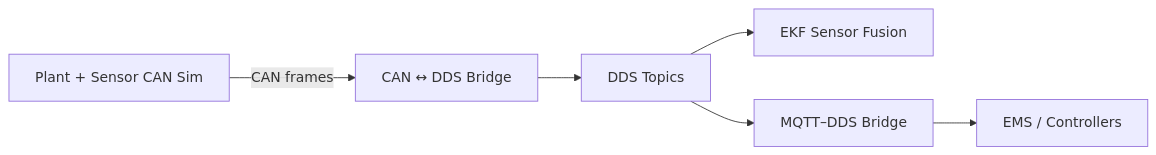
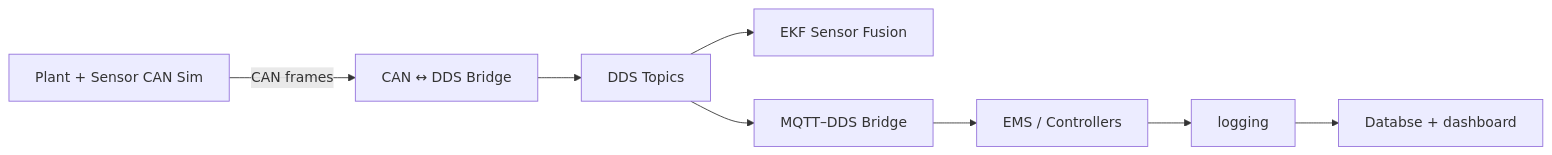
The second of 2 diagrams in README.md (mtilocca/vehicle-Dynamics-Sim-Can), drawn with Mermaid before and after one commit. The commit also changed other lines of this file, not shown here.

````diff
--- a/README.md
+++ b/README.md
@@ -96,8 +96,10 @@
 ```mermaid
 flowchart LR
 SIM[Plant + Sensor CAN Sim] -->|CAN frames| BRIDGE[CAN ↔ DDS Bridge]
 BRIDGE --> DDS[DDS Topics]
 DDS --> EKF[EKF Sensor Fusion]
 DDS --> MQTT[MQTT–DDS Bridge]
 MQTT --> EMS[EMS / Controllers]
+EMS --> logging[logging]
+logging --> Database[Databse + dashboard]
 ```
````
